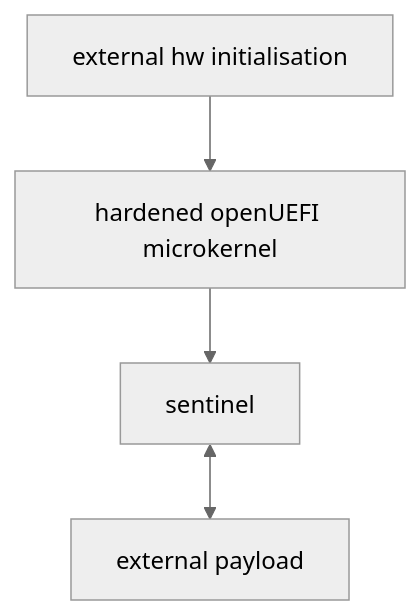
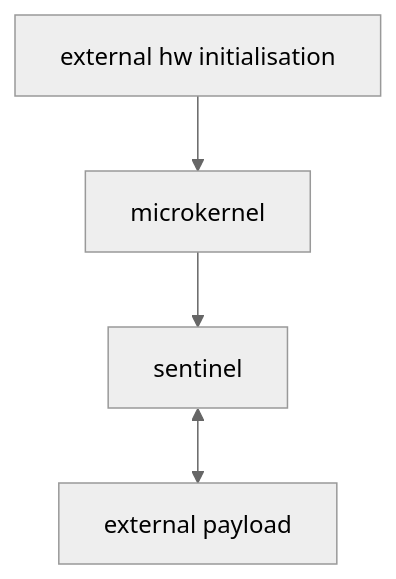
One commit to f4bjh/openUEFI changed the diagram in docs/specs/architecture/00_system_overview.md. Above: the diagram before and after it, drawn with Mermaid (neutral theme). The commit also changed other lines of this file, not shown here.

````diff
--- a/docs/specs/architecture/00_system_overview.md
+++ b/docs/specs/architecture/00_system_overview.md
@@ -161,6 +161,6 @@
 ```mermaid
 graph TD
-  A[external hw initialisation] --> B[hardened openUEFI microkernel]
+  A[external hw initialisation] --> B[microkernel]
   B  --> C[sentinel]
   C <--> D[external payload]
 ```
````
